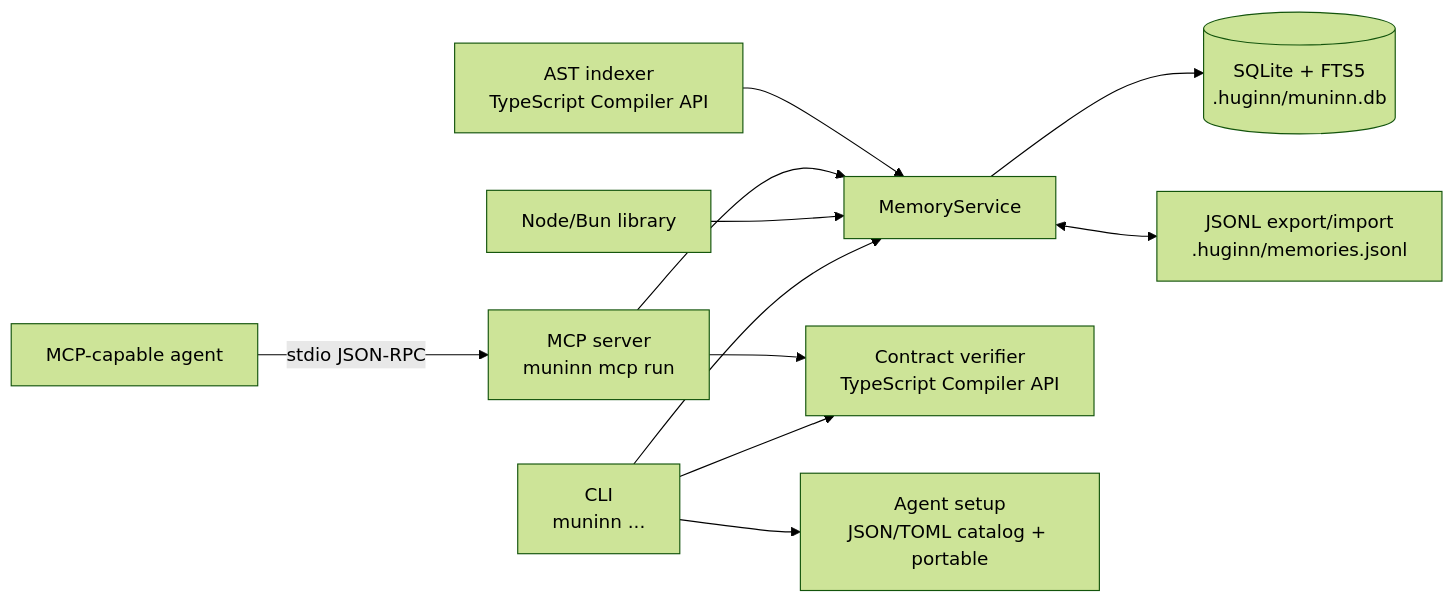
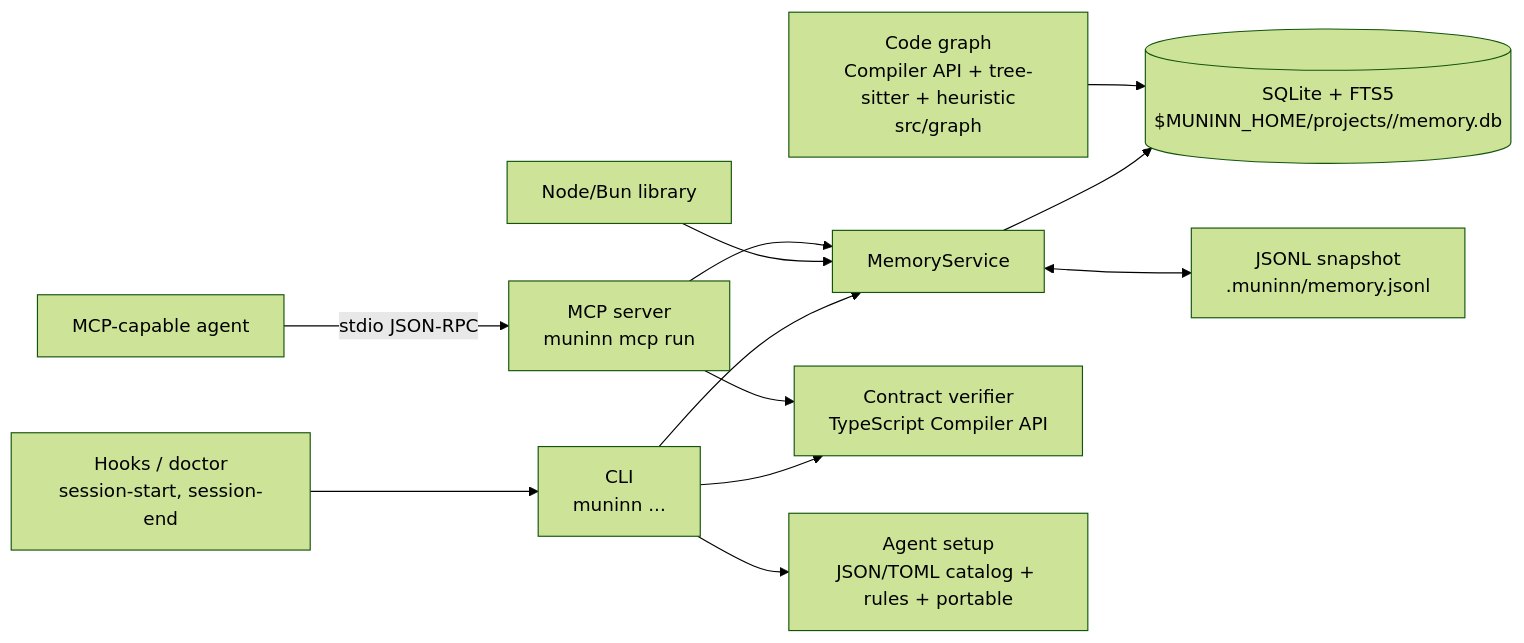
The diagram in README.md (dahch/muninn), drawn with Mermaid (forest theme) before and after one commit. The commit also changed other lines of this file and 6 other files, not shown here.

First line of the commit message:
docs: document portable identity, the code graph and multi-channel activation

````diff
--- a/README.md
+++ b/README.md
@@ -207,13 +313,14 @@
 ```mermaid
 flowchart LR
     Agent["MCP-capable agent"] -->|stdio JSON-RPC| MCP["MCP server\nmuninn mcp run"]
     CLI["CLI\nmuninn ..."] --> Service["MemoryService"]
     Library["Node/Bun library"] --> Service
     MCP --> Service
-    Service --> DB[("SQLite + FTS5\n.huginn/muninn.db")]
-    Service <--> JSONL["JSONL export/import\n.huginn/memories.jsonl"]
-    Indexer["AST indexer\nTypeScript Compiler API"] --> Service
+    Service --> DB[("SQLite + FTS5\n$MUNINN_HOME/projects/<uid>/memory.db")]
+    Service <--> JSONL["JSONL snapshot\n.muninn/memory.jsonl"]
+    Graph["Code graph\nCompiler API + tree-sitter + heuristic\nsrc/graph"] --> DB
     CLI --> Verifier["Contract verifier\nTypeScript Compiler API"]
     MCP --> Verifier
-    CLI --> Setup["Agent setup\nJSON/TOML catalog + portable"]
+    CLI --> Setup["Agent setup\nJSON/TOML catalog + rules + portable"]
+    Hooks["Hooks / doctor\nsession-start, session-end"] --> CLI
 ```
````
